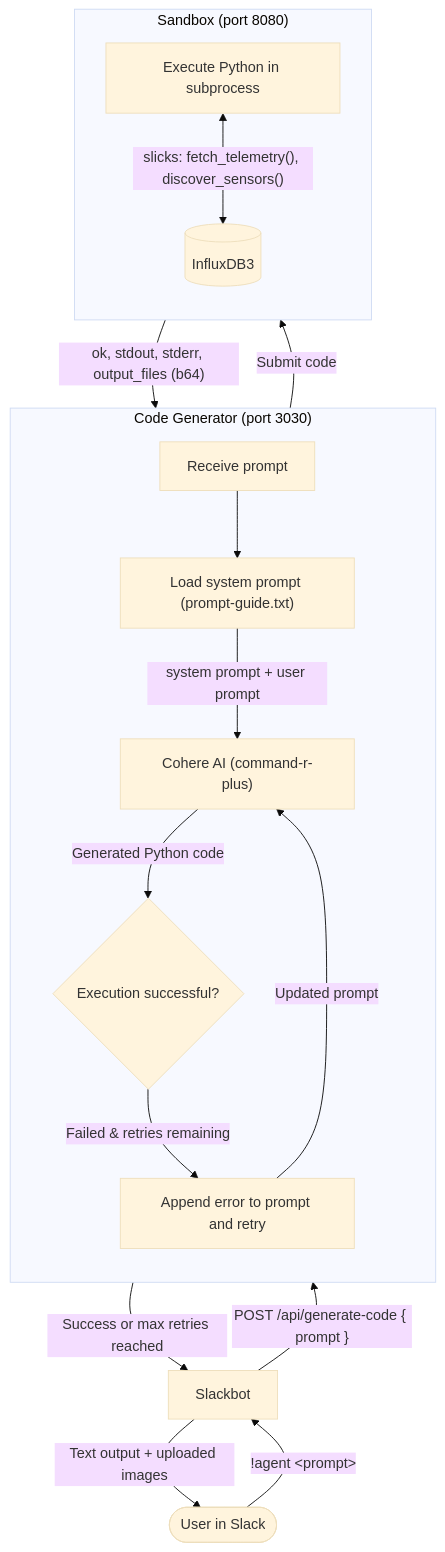
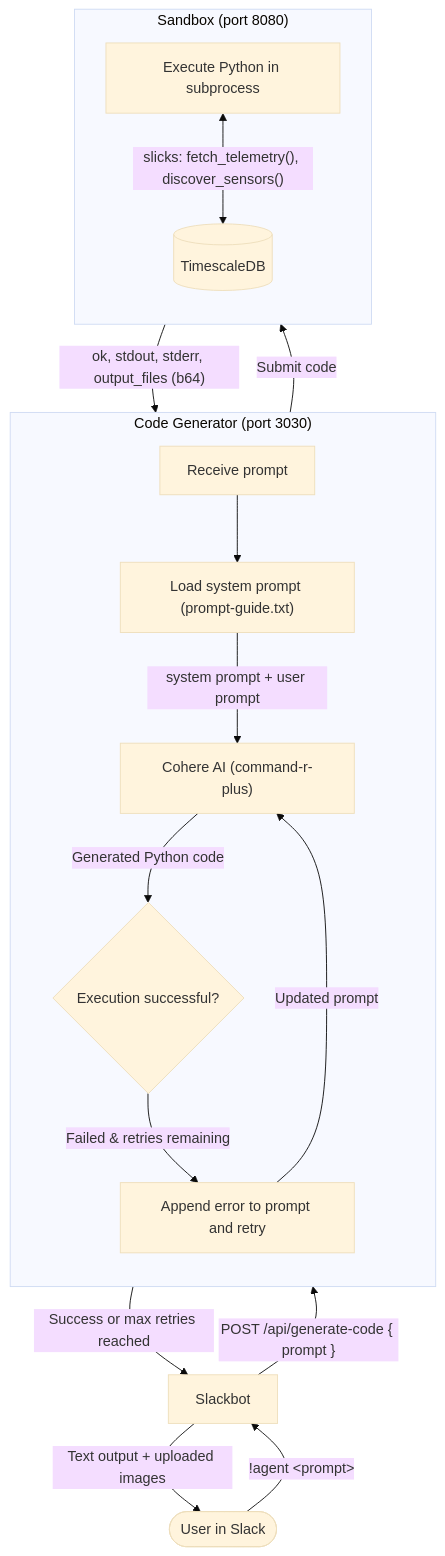
One commit to Western-Formula-Racing/data-acquisition changed the diagram in server/installer/sandbox/README.md. Above: the diagram before and after it, drawn with Mermaid (base theme). The commit also changed other lines of this file and 57 other files, not shown here.

````diff
--- a/server/installer/sandbox/README.md
+++ b/server/installer/sandbox/README.md
@@ -7,35 +7,35 @@
 ```mermaid
 flowchart TD
     User([User in Slack])
 
     User -->|"!agent &lt;prompt&gt;"| Slackbot
 
     subgraph "Code Generator (port 3030)"
         direction TB
         Receive[Receive prompt]
         LoadGuide["Load system prompt (prompt-guide.txt)"]
         CohereAI["Cohere AI (command-r-plus)"]
         RetryNode["Append error to prompt and retry"]
         Check{"Execution successful?"}
 
         Receive --> LoadGuide
         LoadGuide -->|"system prompt + user prompt"| CohereAI
         CohereAI -->|"Generated Python code"| Check
         RetryNode -->|"Updated prompt"| CohereAI
     end
 
     subgraph "Sandbox (port 8080)"
         direction TB
         Execute["Execute Python in subprocess"]
-        InfluxDB[("InfluxDB3")]
+        TimescaleDB[("TimescaleDB")]
 
-        Execute <-->|"slicks: fetch_telemetry(), discover_sensors()"| InfluxDB
+        Execute <-->|"slicks: fetch_telemetry(), discover_sensors()"| TimescaleDB
     end
 
     Slackbot -->|"POST /api/generate-code { prompt }"| Receive
     Check -->|"Submit code"| Execute
     Execute -->|"ok, stdout, stderr, output_files (b64)"| Check
     Check -->|"Failed & retries remaining"| RetryNode
     Check -->|"Success or max retries reached"| Slackbot
     Slackbot -->|"Text output + uploaded images"| User
 ```
````
